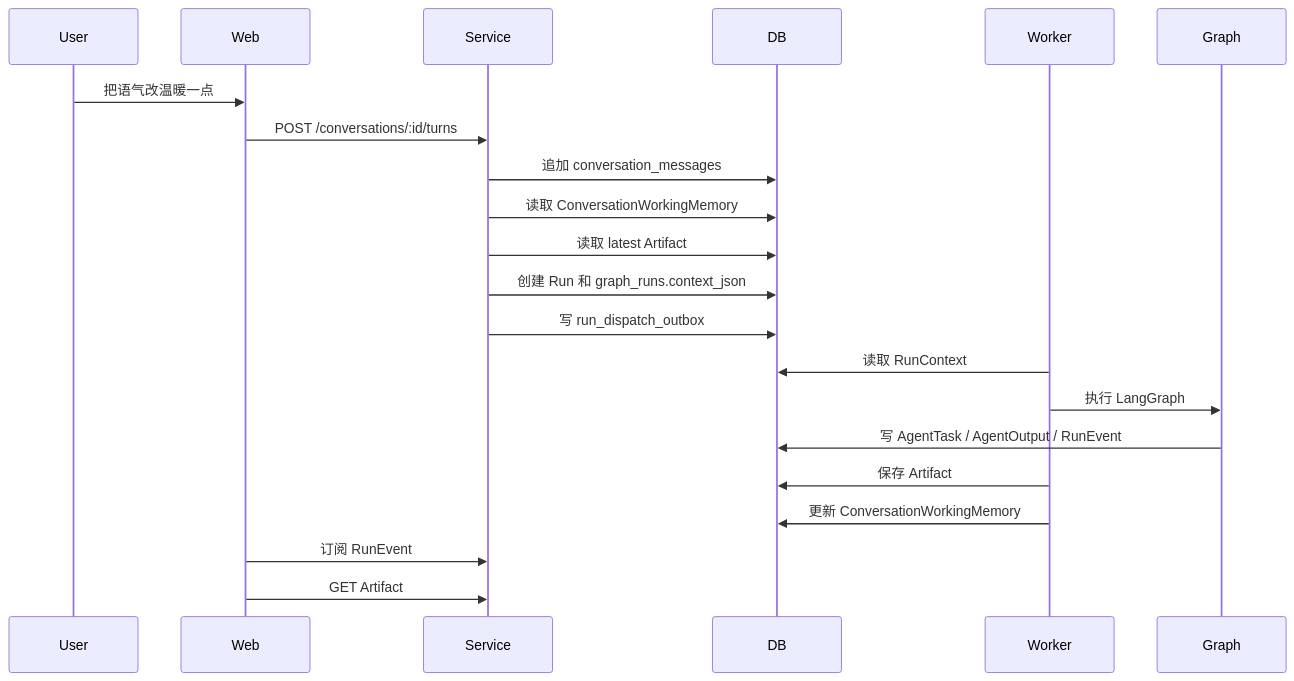
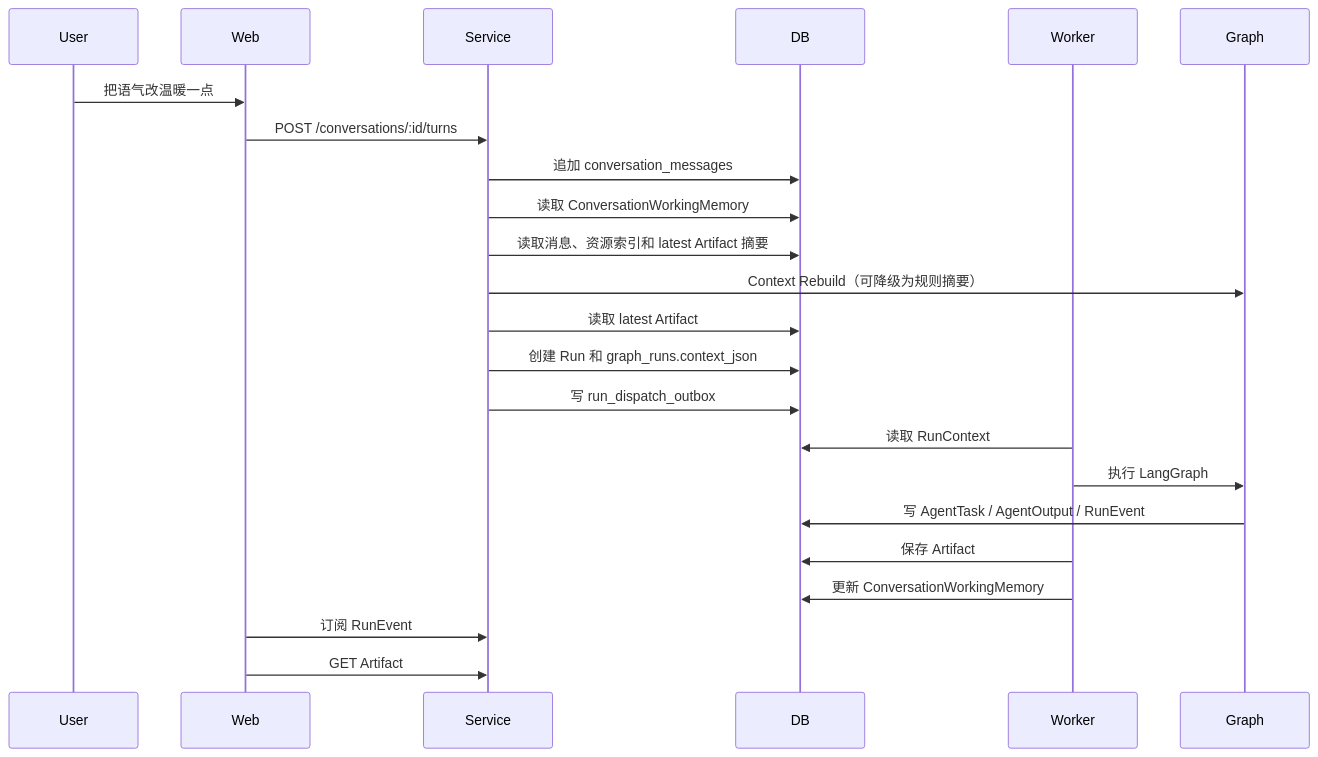
One commit to JourneyJu/media-forge changed the second of 2 diagrams in docs/specs/013-conversation-session-memory.md. Above: the diagram before and after it, drawn with Mermaid. The commit also changed other lines of this file and 17 other files, not shown here.

````diff
--- a/docs/specs/013-conversation-session-memory.md
+++ b/docs/specs/013-conversation-session-memory.md
@@ -251,24 +336,26 @@
 ```mermaid
 sequenceDiagram
   participant User
   participant Web
   participant Service
   participant DB
   participant Worker
   participant Graph
 
   User->>Web: 把语气改温暖一点
   Web->>Service: POST /conversations/:id/turns
   Service->>DB: 追加 conversation_messages
   Service->>DB: 读取 ConversationWorkingMemory
+  Service->>DB: 读取消息、资源索引和 latest Artifact 摘要
+  Service->>Graph: Context Rebuild（可降级为规则摘要）
   Service->>DB: 读取 latest Artifact
   Service->>DB: 创建 Run 和 graph_runs.context_json
   Service->>DB: 写 run_dispatch_outbox
   Worker->>DB: 读取 RunContext
   Worker->>Graph: 执行 LangGraph
   Graph->>DB: 写 AgentTask / AgentOutput / RunEvent
   Worker->>DB: 保存 Artifact
   Worker->>DB: 更新 ConversationWorkingMemory
   Web->>Service: 订阅 RunEvent
   Web->>Service: GET Artifact
 ```
````
